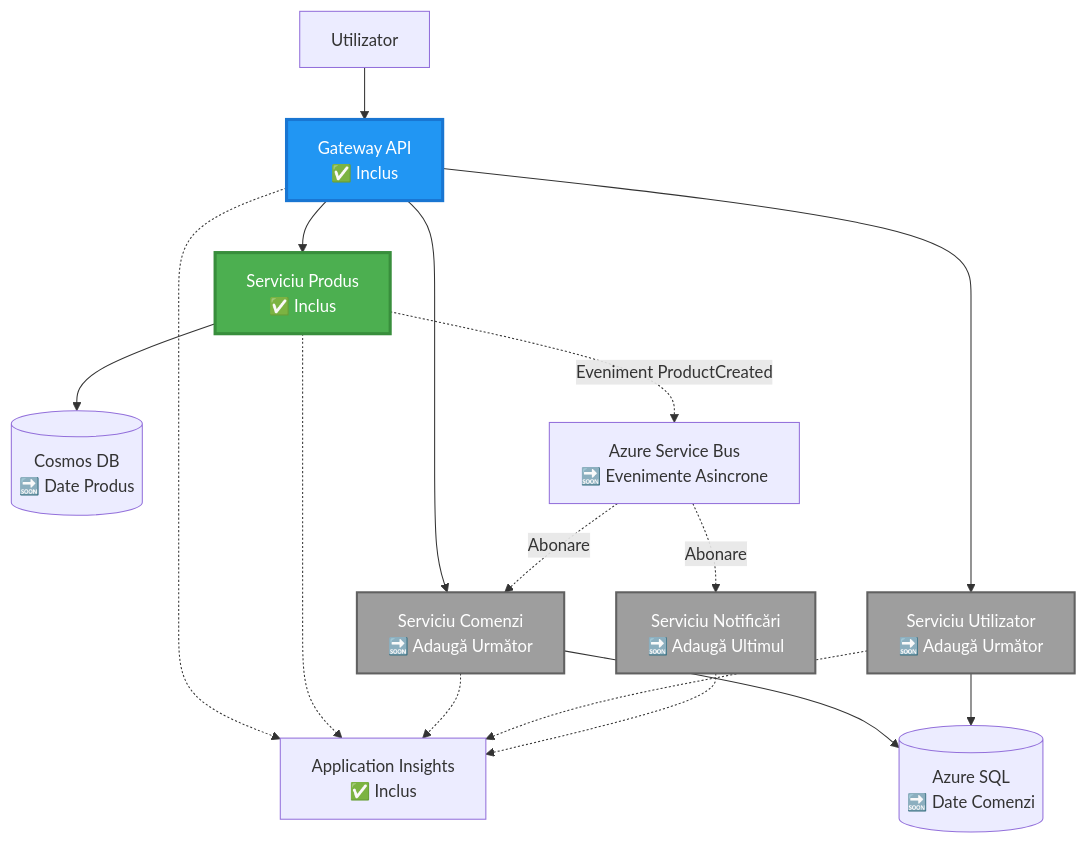
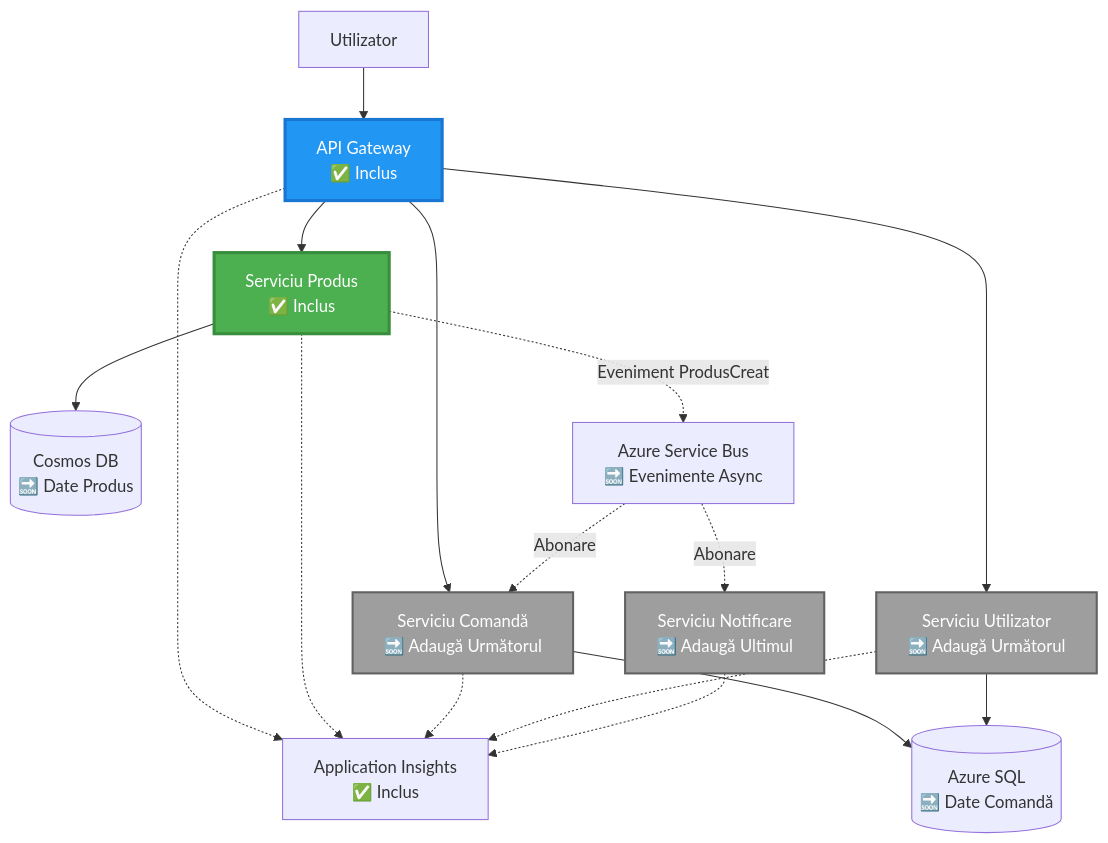
The second of 4 diagrams in translations/ro/examples/microservices/README.md (microsoft/AZD-for-beginners), drawn with Mermaid before and after one commit. The commit also changed other lines of this file and 242 other files, not shown here.

````diff
--- a/translations/ro/examples/microservices/README.md
+++ b/translations/ro/examples/microservices/README.md
@@ -78,39 +69,39 @@
 ```mermaid
 graph TB
     User[Utilizator]
-    Gateway[Gateway API<br/>✅ Inclus]
+    Gateway[API Gateway<br/>✅ Inclus]
     Product[Serviciu Produs<br/>✅ Inclus]
-    Order[Serviciu Comenzi<br/>🔜 Adaugă Următor]
-    UserSvc[Serviciu Utilizator<br/>🔜 Adaugă Următor]
-    Notify[Serviciu Notificări<br/>🔜 Adaugă Ultimul]
+    Order[Serviciu Comandă<br/>🔜 Adaugă Următorul]
+    UserSvc[Serviciu Utilizator<br/>🔜 Adaugă Următorul]
+    Notify[Serviciu Notificare<br/>🔜 Adaugă Ultimul]
     
     CosmosDB[(Cosmos DB<br/>🔜 Date Produs)]
-    AzureSQL[(Azure SQL<br/>🔜 Date Comenzi)]
-    ServiceBus[Azure Service Bus<br/>🔜 Evenimente Asincrone]
+    AzureSQL[(Azure SQL<br/>🔜 Date Comandă)]
+    ServiceBus[Azure Service Bus<br/>🔜 Evenimente Async]
     AppInsights[Application Insights<br/>✅ Inclus]
     
     User --> Gateway
     Gateway --> Product
     Gateway --> Order
     Gateway --> UserSvc
     
     Product --> CosmosDB
     Order --> AzureSQL
     UserSvc --> AzureSQL
     
-    Product -.->|Eveniment ProductCreated| ServiceBus
+    Product -.->|Eveniment ProdusCreat| ServiceBus
     ServiceBus -.->|Abonare| Notify
     ServiceBus -.->|Abonare| Order
     
     Gateway -.-> AppInsights
     Product -.-> AppInsights
     Order -.-> AppInsights
     UserSvc -.-> AppInsights
     Notify -.-> AppInsights
     
     style Product fill:#4CAF50,stroke:#388E3C,stroke-width:3px,color:#fff
     style Gateway fill:#2196F3,stroke:#1976D2,stroke-width:3px,color:#fff
     style Order fill:#9E9E9E,stroke:#616161,stroke-width:2px,color:#fff
     style UserSvc fill:#9E9E9E,stroke:#616161,stroke-width:2px,color:#fff
     style Notify fill:#9E9E9E,stroke:#616161,stroke-width:2px,color:#fff
-```
+```  
````
